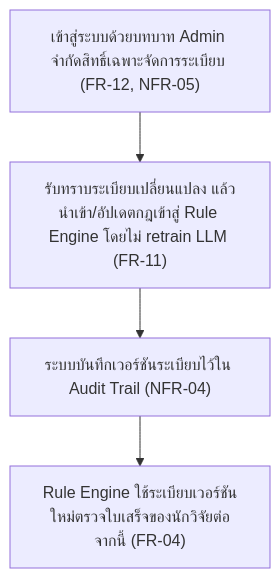
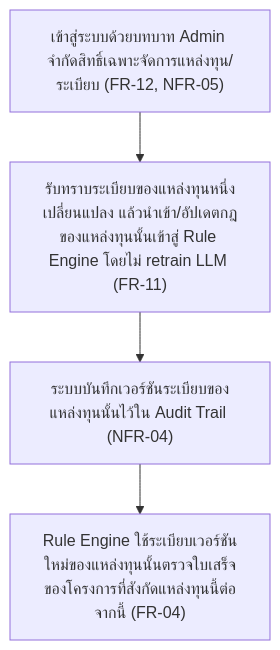
The fourth of 7 diagrams in docs/02-design/user-journey.md (ptrsswnr/Grant-Receipt-Assistant), drawn with Mermaid before and after one commit. The commit also changed other lines of this file and 18 other files, not shown here.

````diff
--- a/docs/02-design/user-journey.md
+++ b/docs/02-design/user-journey.md
@@ -178,9 +199,9 @@
 ```mermaid
 flowchart TD
-    A["เข้าสู่ระบบด้วยบทบาท Admin จำกัดสิทธิ์เฉพาะจัดการระเบียบ (FR-12, NFR-05)"]
-    B["รับทราบระเบียบเปลี่ยนแปลง แล้วนำเข้า/อัปเดตกฎเข้าสู่ Rule Engine โดยไม่ retrain LLM (FR-11)"]
-    C["ระบบบันทึกเวอร์ชันระเบียบไว้ใน Audit Trail (NFR-04)"]
-    D["Rule Engine ใช้ระเบียบเวอร์ชันใหม่ตรวจใบเสร็จของนักวิจัยต่อจากนี้ (FR-04)"]
+    A["เข้าสู่ระบบด้วยบทบาท Admin จำกัดสิทธิ์เฉพาะจัดการแหล่งทุน/ระเบียบ (FR-12, NFR-05)"]
+    B["รับทราบระเบียบของแหล่งทุนหนึ่งเปลี่ยนแปลง แล้วนำเข้า/อัปเดตกฎของแหล่งทุนนั้นเข้าสู่ Rule Engine โดยไม่ retrain LLM (FR-11)"]
+    C["ระบบบันทึกเวอร์ชันระเบียบของแหล่งทุนนั้นไว้ใน Audit Trail (NFR-04)"]
+    D["Rule Engine ใช้ระเบียบเวอร์ชันใหม่ของแหล่งทุนนั้นตรวจใบเสร็จของโครงการที่สังกัดแหล่งทุนนี้ต่อจากนี้ (FR-04)"]
 
     A --> B --> C --> D
 ```
````
